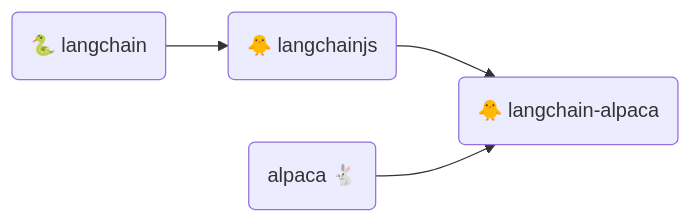
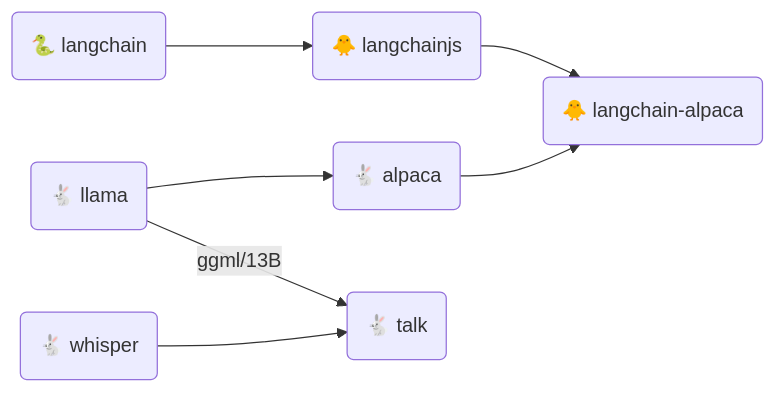
Before and after one commit to gist-rs/book: the third of 3 diagrams in src/ml/llama.md, drawn with Mermaid. The commit also changed other lines of this file, not shown here.

Commit message:
feat: add talk

````diff
--- a/src/ml/llama.md
+++ b/src/ml/llama.md
@@ -100,7 +100,11 @@
 ```mermaid
 graph LR;
 A("🐍 langchain")
 A --> AA("🐥 langchainjs")
 AA --> B("🐥 langchain-alpaca")
-D("alpaca 🐇") --> B
+D("🐇 alpaca") --> B
+E-->D
+E("🐇 llama") --ggml/13B--> H
+F("🐇 whisper") --> H
+H("🐇 talk")
 ```
````
